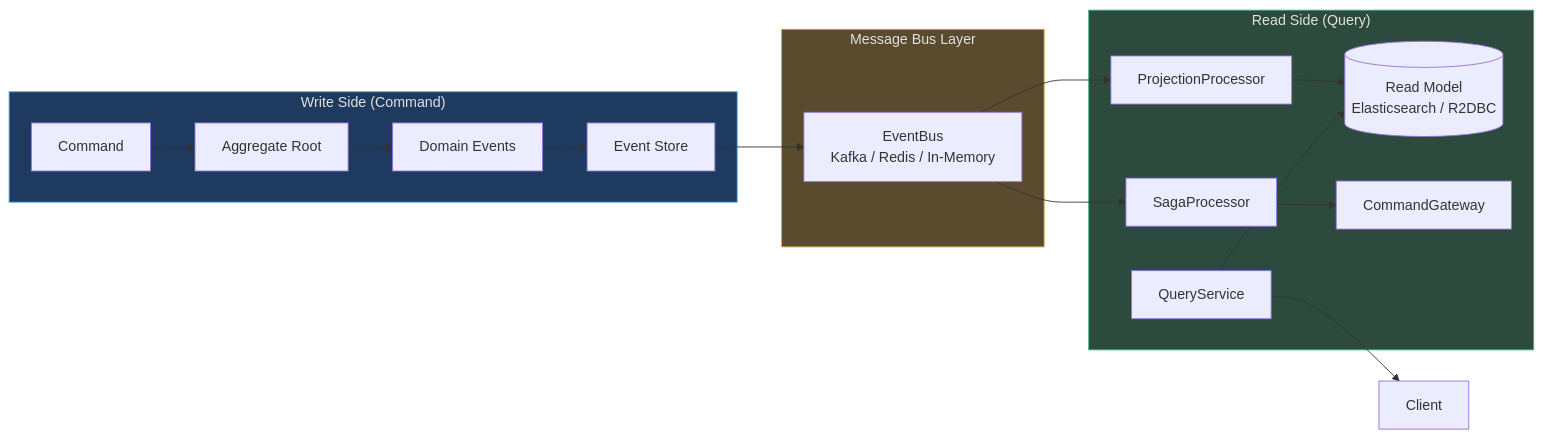
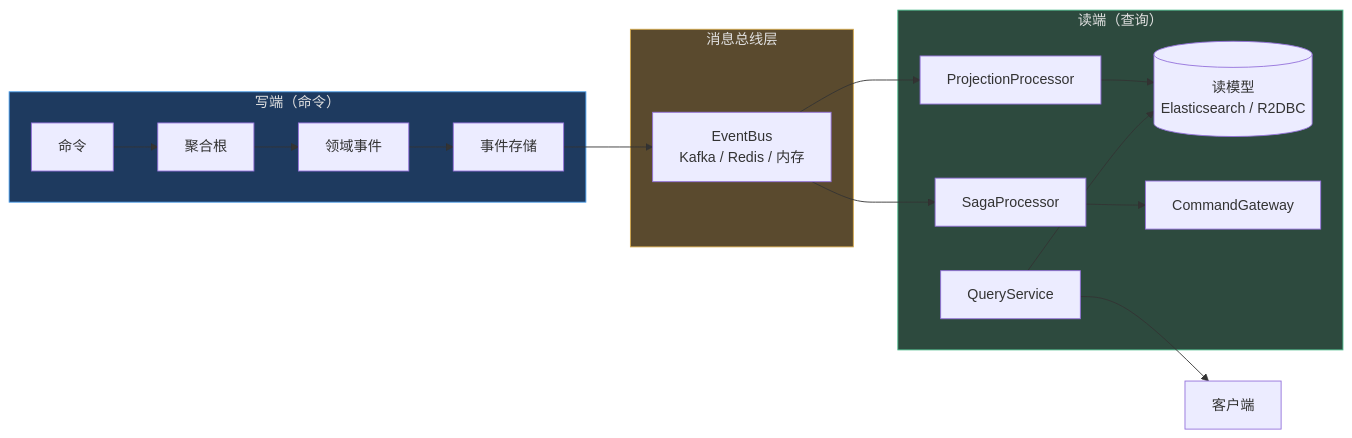
The sixth of 6 diagrams in documentation/docs/zh/guide/advanced/architecture.md (Ahoo-Wang/Wow), drawn with Mermaid before and after one commit. The commit also changed other lines of this file and 11 other files, not shown here.

````diff
--- a/documentation/docs/zh/guide/advanced/architecture.md
+++ b/documentation/docs/zh/guide/advanced/architecture.md
@@ -358,27 +358,27 @@
 ```mermaid
 flowchart LR
-    subgraph WRITE["Write Side (Command)"]
-        CMD["Command"] --> AR["Aggregate Root"]
-        AR --> EVT["Domain Events"]
-        EVT --> ES["Event Store"]
+    subgraph WRITE["写端（命令）"]
+        CMD["命令"] --> AR["聚合根"]
+        AR --> EVT["领域事件"]
+        EVT --> ES["事件存储"]
     end
 
-    subgraph BUS["Message Bus Layer"]
-        EB["EventBus<br>Kafka / Redis / In-Memory"]
+    subgraph BUS["消息总线层"]
+        EB["EventBus<br>Kafka / Redis / 内存"]
     end
 
-    subgraph READ["Read Side (Query)"]
-        PP["ProjectionProcessor"] --> RM[("Read Model<br>Elasticsearch / R2DBC")]
+    subgraph READ["读端（查询）"]
+        PP["ProjectionProcessor"] --> RM[("读模型<br>Elasticsearch / R2DBC")]
         SP["SagaProcessor"] --> CG["CommandGateway"]
         QS["QueryService"] --> RM
     end
 
     ES --> EB
     EB --> PP
     EB --> SP
-    QS --> Client
+    QS --> 客户端
 
     style WRITE fill:#1e3a5f,stroke:#4a9eed,color:#e0e0e0
     style BUS fill:#5a4a2e,stroke:#d4a84b,color:#e0e0e0
     style READ fill:#2d4a3e,stroke:#4aba8a,color:#e0e0e0
 ```
````
